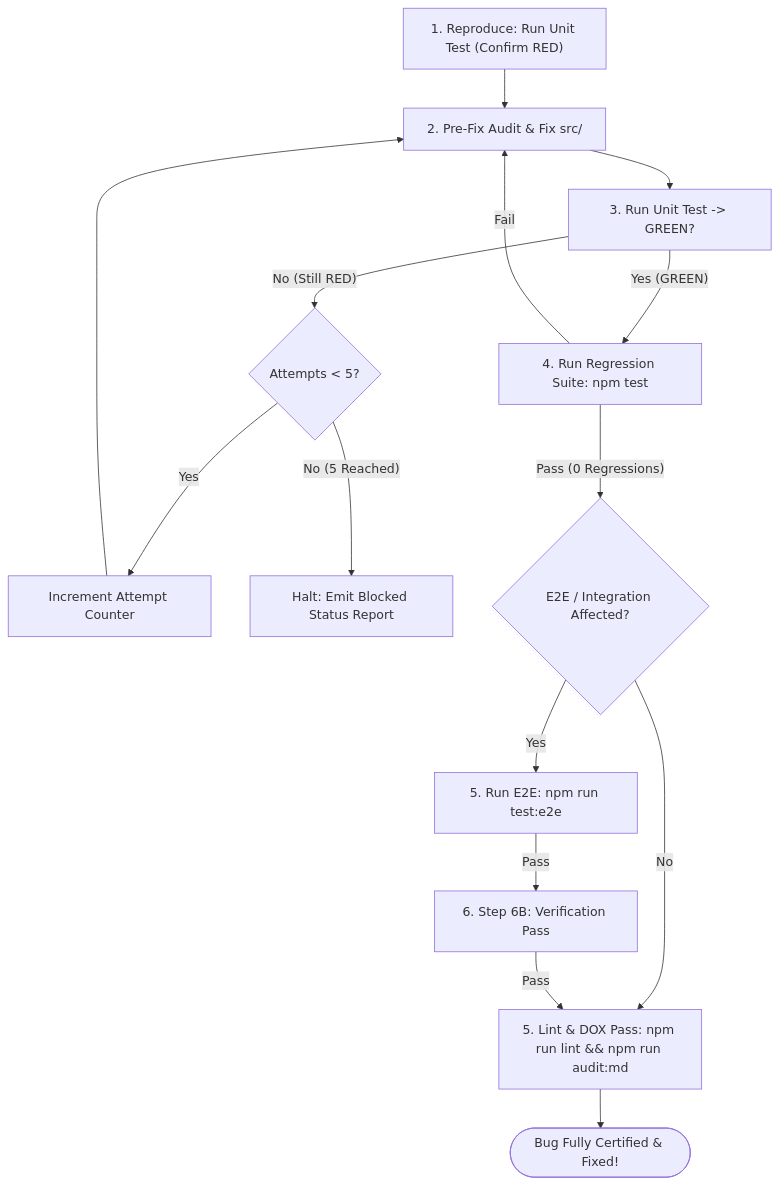
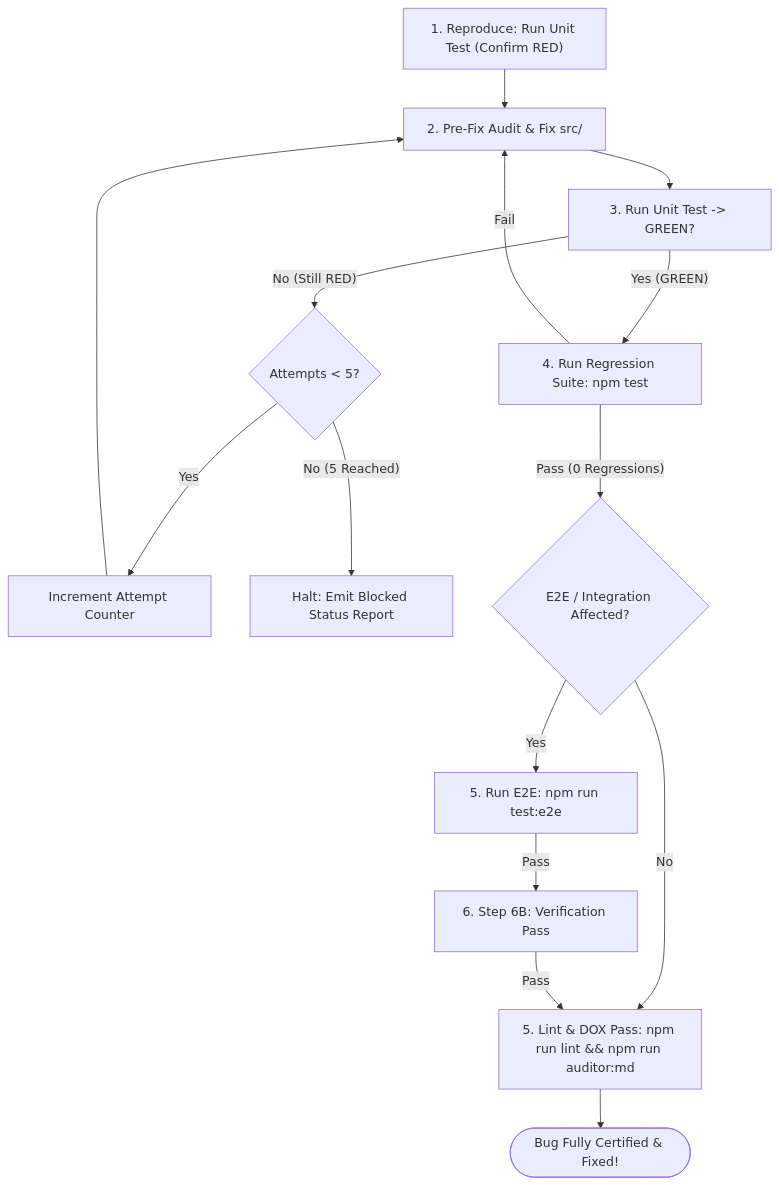
The diagram in .agents/skills/systematic-debugging/references/verification_and_repair_loop.md (francogp/auditor), drawn with Mermaid before and after one commit. The commit also changed other lines of this file and 82 other files, not shown here.

First line of the commit message:
feat(scripts): standardize canonical auditor script derivation and implement package script sanitization in validate_audit_config

````diff
--- a/.agents/skills/systematic-debugging/references/verification_and_repair_loop.md
+++ b/.agents/skills/systematic-debugging/references/verification_and_repair_loop.md
@@ -9,16 +9,16 @@
 ```mermaid
 flowchart TD
     Reproduce["1. Reproduce: Run Unit Test (Confirm RED)"] --> Diagnose["2. Pre-Fix Audit & Fix src/"]
     Diagnose --> VerifyUnit["3. Run Unit Test -> GREEN?"]
     VerifyUnit -- "No (Still RED)" --> AttemptCheck{"Attempts < 5?"}
     AttemptCheck -- "Yes" --> Increment["Increment Attempt Counter"] --> Diagnose
     AttemptCheck -- "No (5 Reached)" --> AbortBlocked["Halt: Emit Blocked Status Report"]
     VerifyUnit -- "Yes (GREEN)" --> RunNodeRegression["4. Run Regression Suite: npm test"]
     RunNodeRegression -- "Fail" --> Diagnose
     RunNodeRegression -- "Pass (0 Regressions)" --> CheckTier3{"E2E / Integration Affected?"}
-    CheckTier3 -- "No" --> LintAndDox["5. Lint & DOX Pass: npm run lint && npm run audit:md"]
+    CheckTier3 -- "No" --> LintAndDox["5. Lint & DOX Pass: npm run lint && npm run auditor:md"]
     CheckTier3 -- "Yes" --> RunPlaywright["5. Run E2E: npm run test:e2e"]
     RunPlaywright -- "Pass" --> CleanZeroPass["6. Step 6B: Verification Pass"]
     CleanZeroPass -- "Pass" --> LintAndDox
     LintAndDox --> Done(["Bug Fully Certified & Fixed!"])
 ```
````
